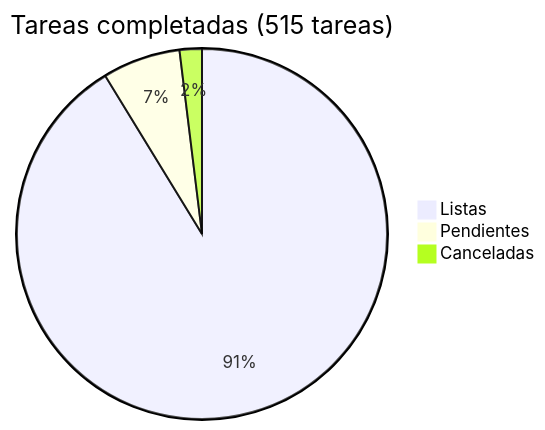
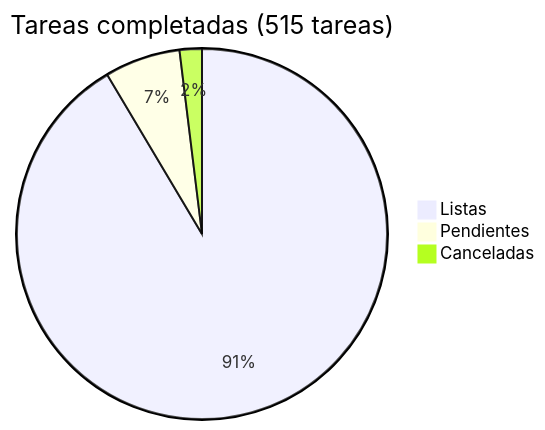
The diagram in docs/roadmap/README.md (araguaney-lat/araguaney), drawn with Mermaid before and after one commit. The commit also changed other lines of this file and 1 other file, not shown here.

Commit message:
docs: record the web cut-over and the sender switch (phase 29 tasks 9 and 12)

````diff
--- a/docs/roadmap/README.md
+++ b/docs/roadmap/README.md
@@ -5,6 +5,6 @@
 ```mermaid
 pie title Tareas completadas (515 tareas)
-    "Listas" : 470
-    "Pendientes" : 35
+    "Listas" : 471
+    "Pendientes" : 34
     "Canceladas" : 10
 ```
````
